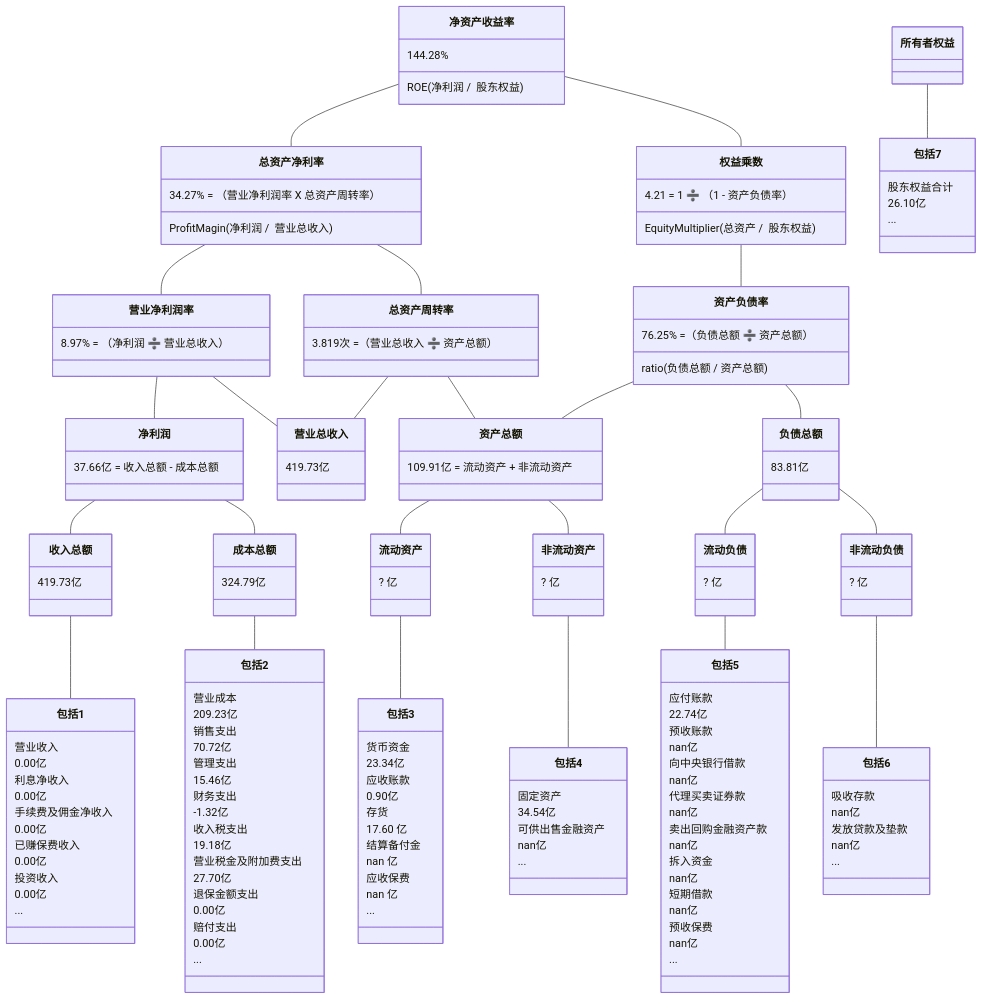
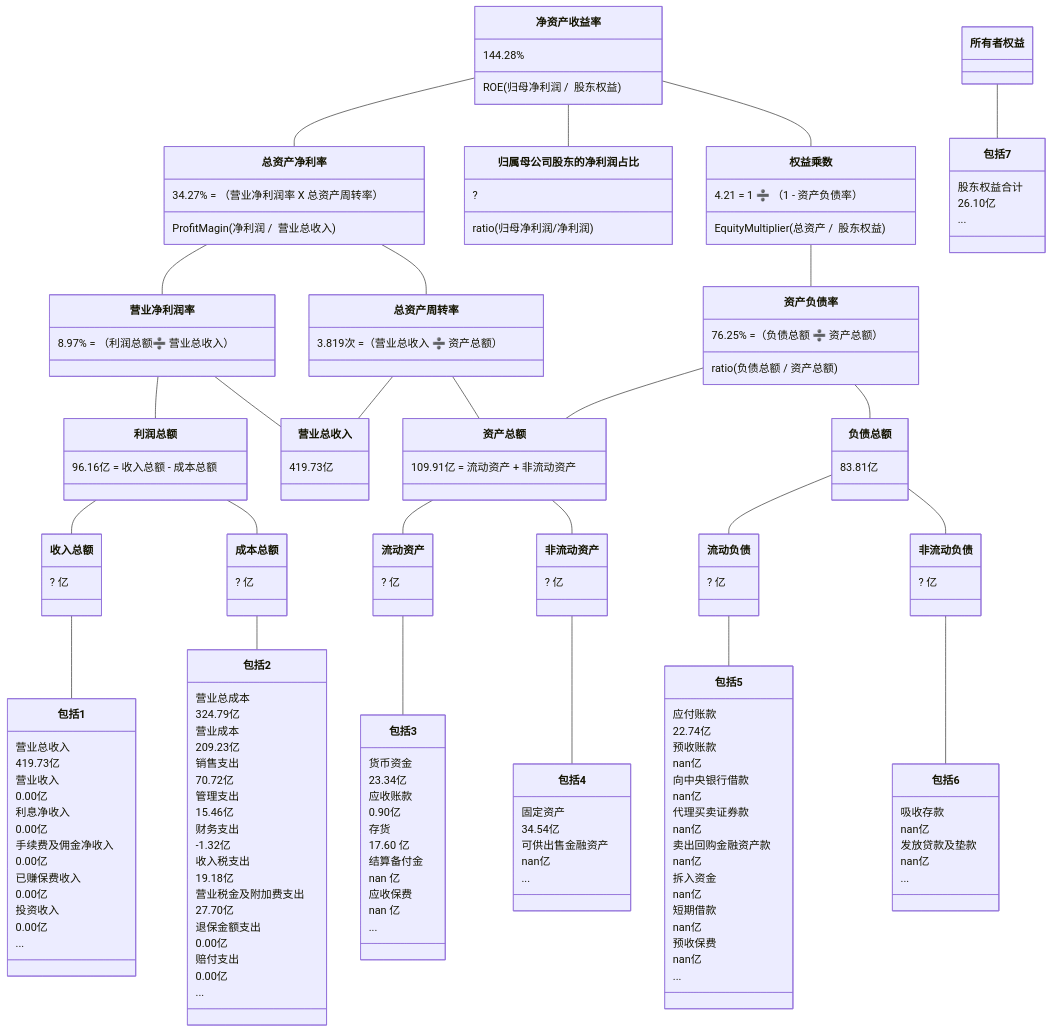
The fourth of 10 diagrams in 2/2.md (TheVeryDarkness/cs410), drawn with Mermaid before and after one commit. The commit also changed other lines of this file and 55 other files, not shown here.

```diff
--- a/2/2.md
+++ b/2/2.md
@@ -377,23 +398,26 @@
 classDiagram
 净资产收益率 -- 总资产净利率
     净资产收益率 : 144.28%
-    净资产收益率 : ROE(净利润 /  股东权益)
+    净资产收益率 : ROE(归母净利润 /  股东权益)
     总资产净利率 : 34.27% = （营业净利润率 X 总资产周转率）
     总资产净利率 : ProfitMagin(净利润 /  营业总收入)
+净资产收益率 -- 归属母公司股东的净利润占比
+	归属母公司股东的净利润占比 : ?
+	归属母公司股东的净利润占比 : ratio(归母净利润/净利润)
 净资产收益率 -- 权益乘数
     权益乘数 : 4.21 = 1 ➗ （1 - 资产负债率）
     权益乘数 : EquityMultiplier(总资产 /  股东权益)
     
 总资产净利率 -- 营业净利润率
-    营业净利润率 : 8.97% = （净利润 ➗ 营业总收入）
+    营业净利润率 : 8.97% = （利润总额➗ 营业总收入）
 总资产净利率 -- 总资产周转率
     总资产周转率 : 3.819次 =（营业总收入 ➗ 资产总额）
 权益乘数 -- 资产负债率
     资产负债率  : 76.25% =（负债总额 ➗ 资产总额）
     资产负债率  : ratio(负债总额 / 资产总额)
 
-营业净利润率 -- 净利润
-    净利润 : 37.66亿 = 收入总额 - 成本总额
+营业净利润率 -- 利润总额
+   利润总额 : 96.16亿 = 收入总额 - 成本总额
 营业净利润率 -- 营业总收入
     营业总收入 : 419.73亿
 总资产周转率 -- 营业总收入
@@ -404,10 +428,10 @@
 资产负债率 -- 　资产总额
 
 
-净利润 -- 收入总额
-    收入总额 : 419.73亿
-净利润 -- 成本总额
-    成本总额 : 324.79亿
+利润总额 -- 收入总额
+    收入总额 : ? 亿
+利润总额 -- 成本总额
+    成本总额 : ? 亿
 资产总额 -- 流动资产
 	流动资产 : ? 亿
 资产总额 -- 非流动资产
@@ -418,6 +442,8 @@
 	非流动负债 : ? 亿
 
 收入总额 -- 包括1
+    包括1 : 营业总收入
+    包括1 : 419.73亿
     包括1 : 营业收入
     包括1 : 0.00亿
     包括1 : 利息净收入
@@ -430,6 +456,8 @@
     包括1 : 0.00亿
     包括1 : ...
 成本总额 -- 包括2
+    包括2 : 营业总成本
+    包括2 : 324.79亿
     包括2 : 营业成本
     包括2 : 209.23亿
     包括2 : 销售支出
```
